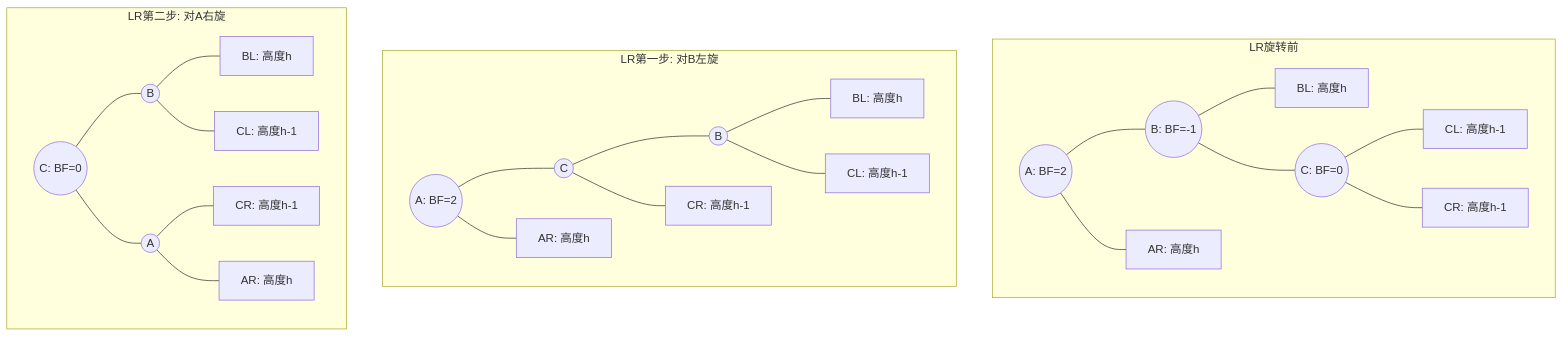
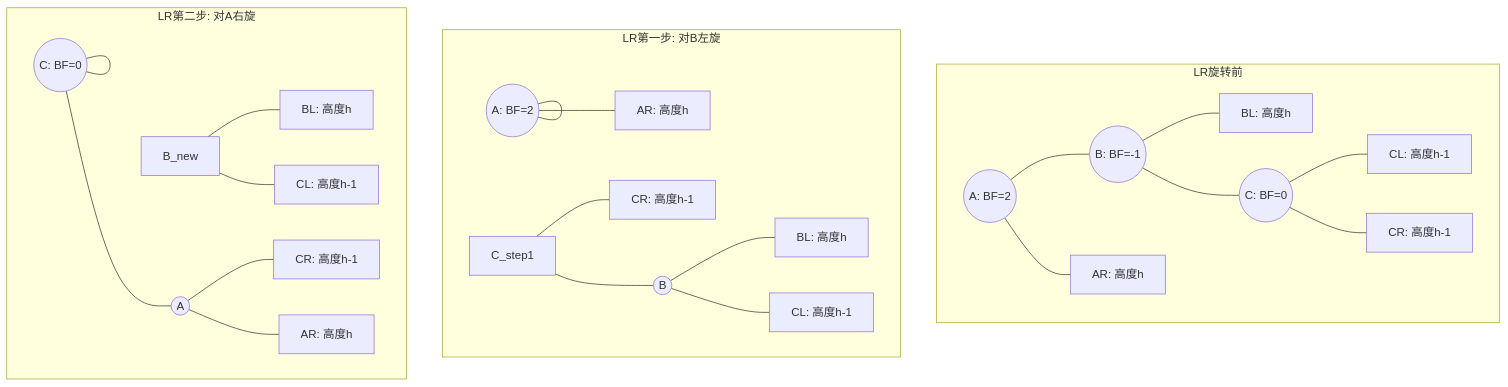
One commit to iFlicker/AndroidKnowledge changed the fifth of 10 diagrams in docs/1.计算机基础/1.3.数据结构与算法/1.3.1.数据结构/1.3.1.6.树.md. Above: the diagram before and after it, drawn with Mermaid. The commit also changed other lines of this file and 31 other files, not shown here.

Commit message:
修复1.计算机基础所有mermaid语法错误

````diff
--- a/docs/1.计算机基础/1.3.数据结构与算法/1.3.1.数据结构/1.3.1.6.树.md
+++ b/docs/1.计算机基础/1.3.数据结构与算法/1.3.1.数据结构/1.3.1.6.树.md
@@ -540,29 +540,29 @@
 ```mermaid
 graph TD
     subgraph LR旋转前
-        A((A: BF=2)) --- B((B: BF=-1))
-        A --- AR[AR: 高度h]
-        B --- BL[BL: 高度h]
-        B --- C((C: BF=0))
-        C --- CL[CL: 高度h-1]
-        C --- CR[CR: 高度h-1]
+        A(("A: BF=2")) --- B(("B: BF=-1"))
+        A --- AR["AR: 高度h"]
+        B --- BL["BL: 高度h"]
+        B --- C(("C: BF=0"))
+        C --- CL["CL: 高度h-1"]
+        C --- CR["CR: 高度h-1"]
     end
     
     subgraph LR第一步: 对B左旋
-        A_step1((A: BF=2)) --- C_step1((C))
-        A_step1 --- AR_step1[AR: 高度h]
-        C_step1 --- B_step1((B))
-        C_step1 --- CR_step1[CR: 高度h-1]
-        B_step1 --- BL_step1[BL: 高度h]
-        B_step1 --- CL_step1[CL: 高度h-1]
+        A_step1(("A: BF=2")) --- A_step1(("A: BF=2"))
+        A_step1 --- AR_step1["AR: 高度h"]
+        C_step1 --- B_step1(("B"))
+        C_step1 --- CR_step1["CR: 高度h-1"]
+        B_step1 --- BL_step1["BL: 高度h"]
+        B_step1 --- CL_step1["CL: 高度h-1"]
     end
     
     subgraph LR第二步: 对A右旋
-        C_new((C: BF=0)) --- B_new((B))
-        C_new --- A_new((A))
-        B_new --- BL_new[BL: 高度h]
-        B_new --- CL_new[CL: 高度h-1]
-        A_new --- CR_new[CR: 高度h-1]
-        A_new --- AR_new[AR: 高度h]
+        C_new(("C: BF=0")) --- C_new(("C: BF=0"))
+        C_new --- A_new(("A"))
+        B_new --- BL_new["BL: 高度h"]
+        B_new --- CL_new["CL: 高度h-1"]
+        A_new --- CR_new["CR: 高度h-1"]
+        A_new --- AR_new["AR: 高度h"]
     end
 ```
````
